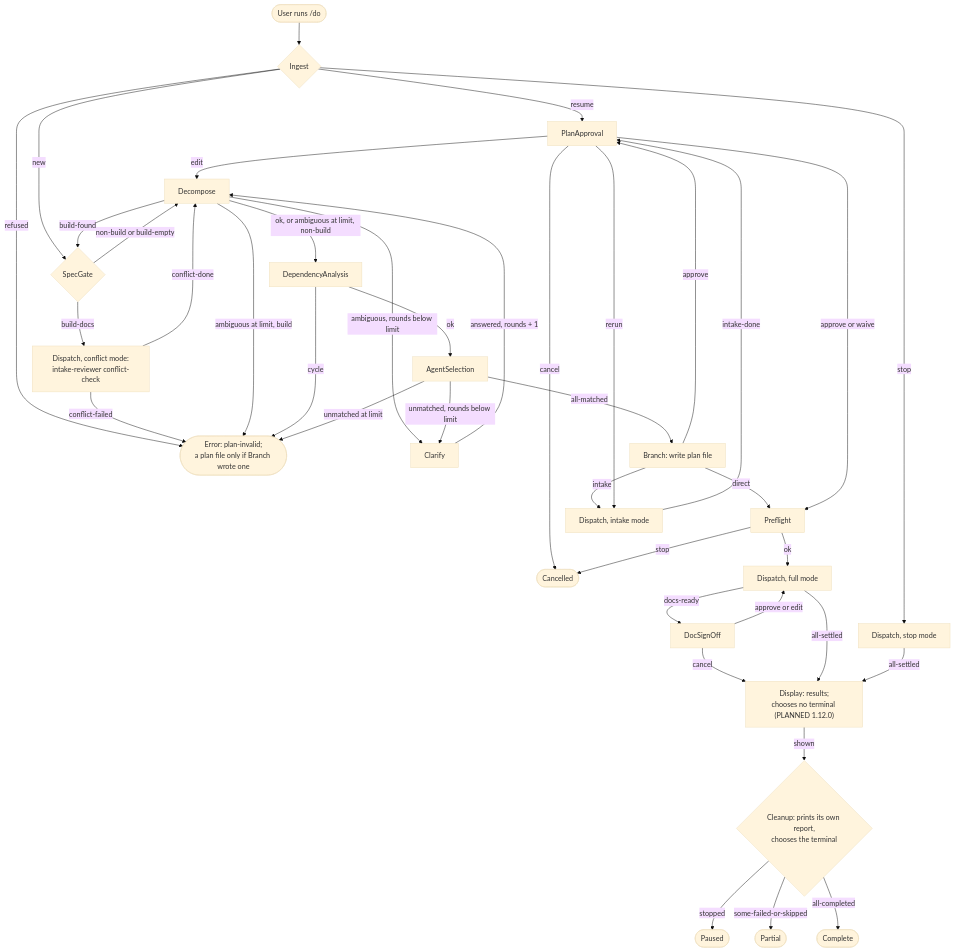
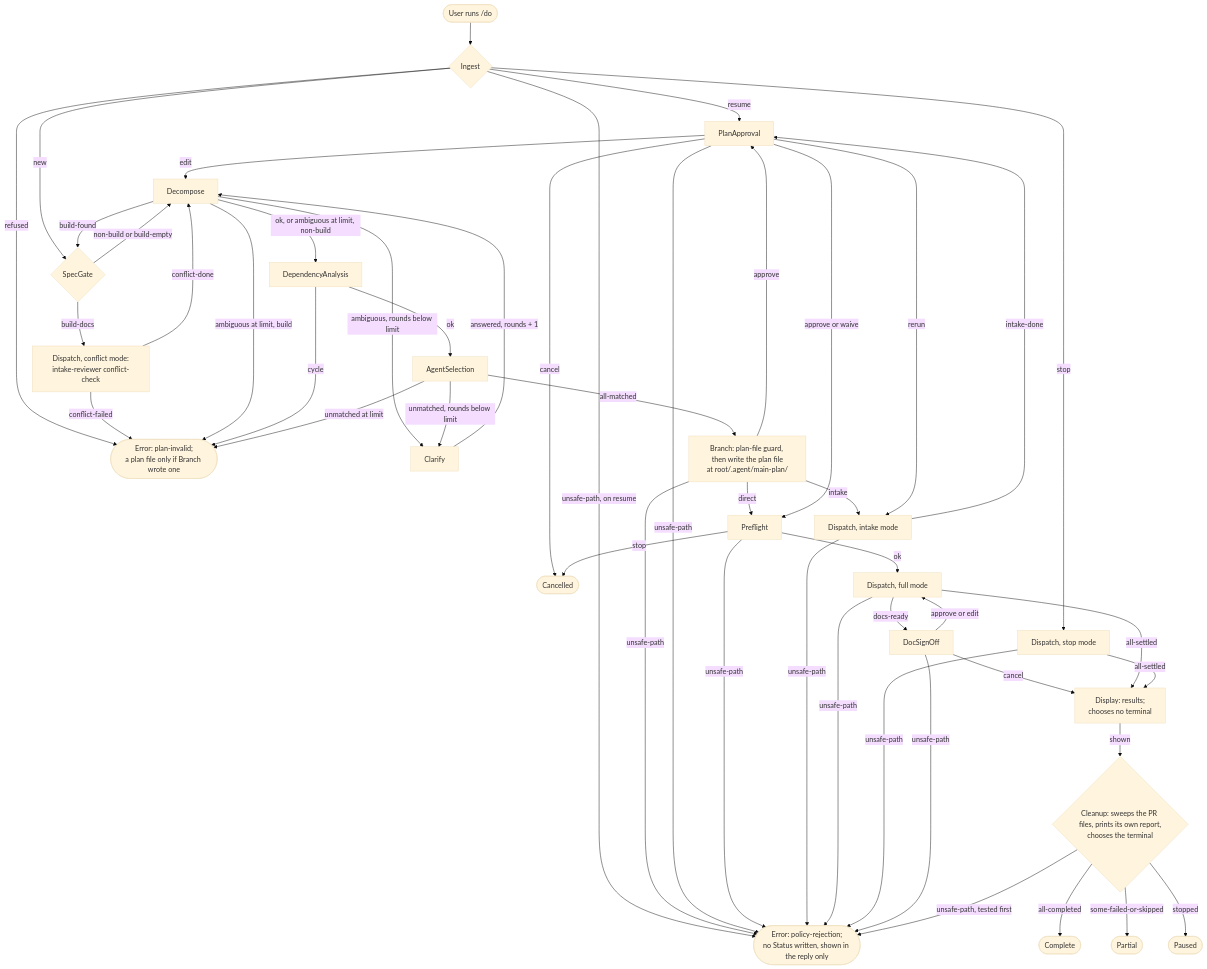
Before and after one commit to tjmonsi/assist-marketplace-plugin: the diagram in specs/spec-orchestration-dataflow.mmd, drawn with Mermaid (base theme). The commit also changed 24 other files, not shown here.

```diff
--- a/specs/spec-orchestration-dataflow.mmd
+++ b/specs/spec-orchestration-dataflow.mmd
@@ -1,39 +1,48 @@
 flowchart TD
   Start(["User runs /do"]) --> Ingest{"Ingest"}
   Ingest -->|"stop"| DStop["Dispatch, stop mode"]
   Ingest -->|"refused"| Err(["Error: plan-invalid;<br/>a plan file only if Branch wrote one"])
   Ingest -->|"resume"| PA["PlanApproval"]
   Ingest -->|"new"| SG{"SpecGate"}
   SG -->|"non-build or build-empty"| Dec["Decompose"]
   SG -->|"build-docs"| DConf["Dispatch, conflict mode:<br/>intake-reviewer conflict-check"]
   DConf -->|"conflict-done"| Dec
   DConf -->|"conflict-failed"| Err
   Dec -->|"build-found"| SG
   Dec -->|"ambiguous, rounds below limit"| Cl["Clarify"]
   Cl -->|"answered, rounds + 1"| Dec
   Dec -->|"ambiguous at limit, build"| Err
   Dec -->|"ok, or ambiguous at limit, non-build"| DA["DependencyAnalysis"]
   DA -->|"cycle"| Err
   DA -->|"ok"| AS["AgentSelection"]
   AS -->|"unmatched, rounds below limit"| Cl
   AS -->|"unmatched at limit"| Err
-  AS -->|"all-matched"| Br["Branch: write plan file"]
+  AS -->|"all-matched"| Br["Branch: plan-file guard, then write the plan file<br/>at root/.agent/main-plan/"]
   Br -->|"direct"| PF["Preflight"]
   Br -->|"intake"| DInt["Dispatch, intake mode"]
   Br -->|"approve"| PA
   DInt -->|"intake-done"| PA
   PA -->|"edit"| Dec
   PA -->|"rerun"| DInt
   PA -->|"cancel"| Can(["Cancelled"])
   PA -->|"approve or waive"| PF
   PF -->|"stop"| Can
   PF -->|"ok"| DFull["Dispatch, full mode"]
   DFull -->|"docs-ready"| DS["DocSignOff"]
   DS -->|"approve or edit"| DFull
-  DS -->|"cancel"| Disp["Display: results;<br/>chooses no terminal (PLANNED 1.12.0)"]
+  DS -->|"cancel"| Disp["Display: results;<br/>chooses no terminal"]
   DFull -->|"all-settled"| Disp
   DStop -->|"all-settled"| Disp
-  Disp -->|"shown"| Clean{"Cleanup: prints its own report,<br/>chooses the terminal"}
+  Disp -->|"shown"| Clean{"Cleanup: sweeps the PR files, prints its own report,<br/>chooses the terminal"}
   Clean -->|"stopped"| Pau(["Paused"])
   Clean -->|"some-failed-or-skipped"| Par(["Partial"])
   Clean -->|"all-completed"| Com(["Complete"])
+  Ingest -->|"unsafe-path, on resume"| ErrP(["Error: policy-rejection;<br/>no Status written, shown in the reply only"])
+  Br -->|"unsafe-path"| ErrP
+  PA -->|"unsafe-path"| ErrP
+  PF -->|"unsafe-path"| ErrP
+  DInt -->|"unsafe-path"| ErrP
+  DFull -->|"unsafe-path"| ErrP
+  DStop -->|"unsafe-path"| ErrP
+  DS -->|"unsafe-path"| ErrP
+  Clean -->|"unsafe-path, tested first"| ErrP
```
